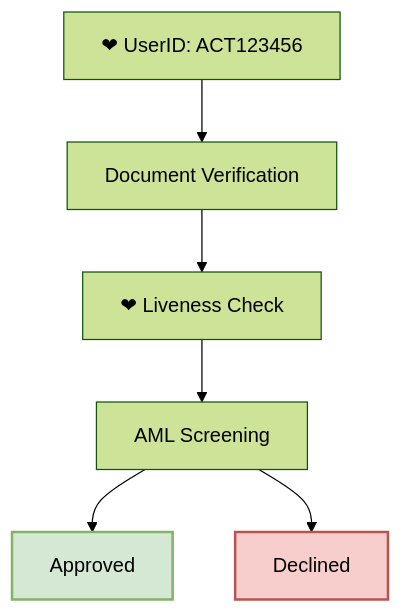
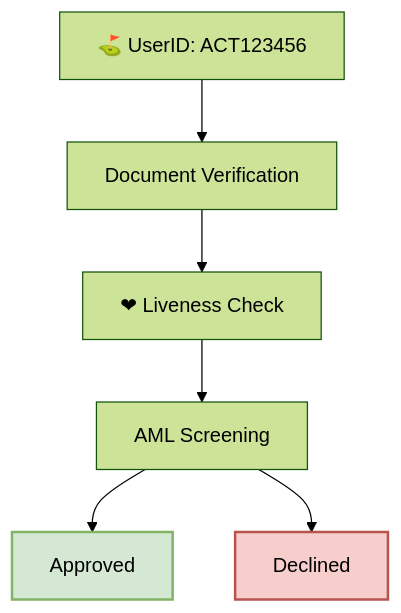
Before and after one commit to Fantastic-Devs/Mintlify: the diagram in id/id.mdx, drawn with Mermaid (forest theme).

````diff
--- a/id/id.mdx
+++ b/id/id.mdx
@@ -17,18 +17,18 @@
 ```mermaid
 
 graph TB;
-    A["❤  UserID: ACT123456"];
+    A["⛳  UserID: ACT123456"];
     B["Document Verification"];
     C["❤ Liveness Check"];
     D["AML Screening"];
     E["Approved"];
     F["Declined"];
     A--> B;
     B--> C;
     C--> D;
     D--> E & F;
 
 style E fill:#d5e8d4,stroke:#82b366,stroke-width:2px
 style F fill:#f8cecc,stroke:#b85450,stroke-width:2px
 
 ```
````
